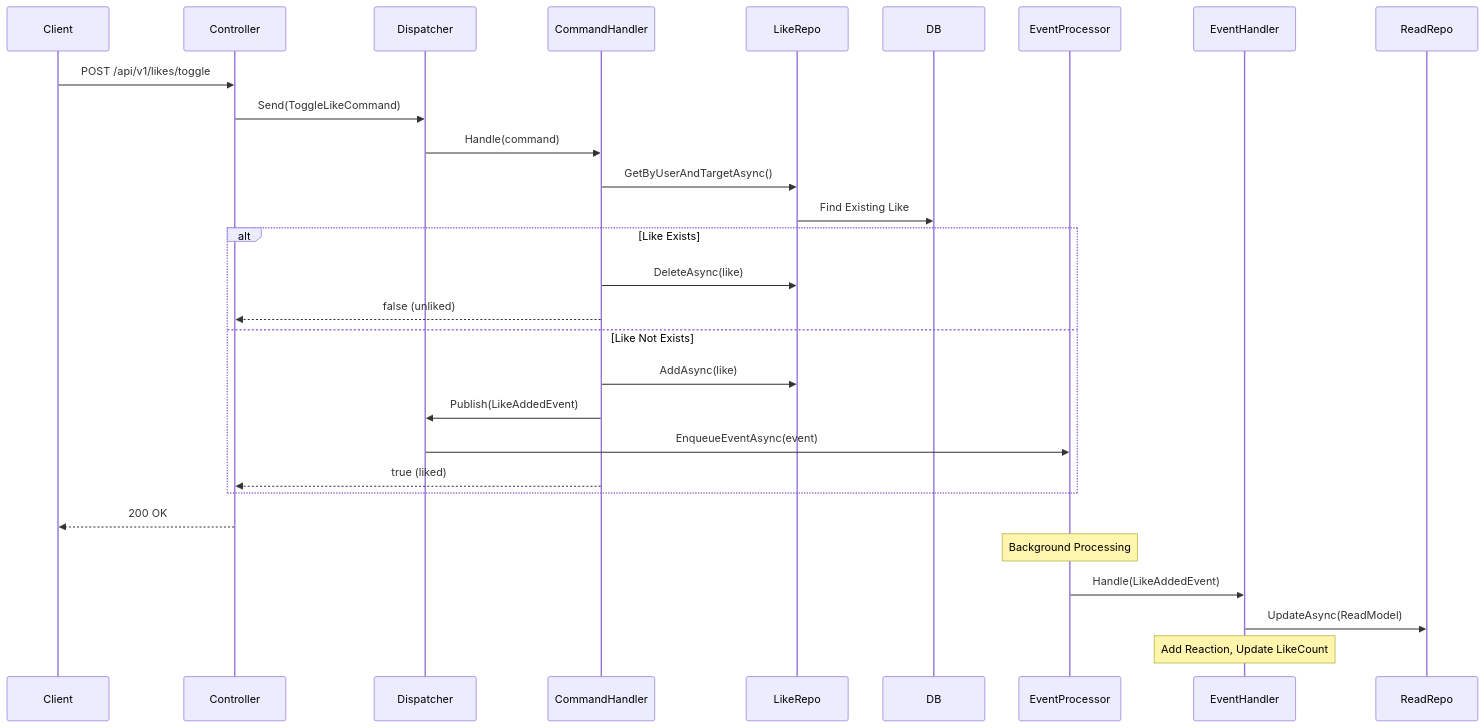
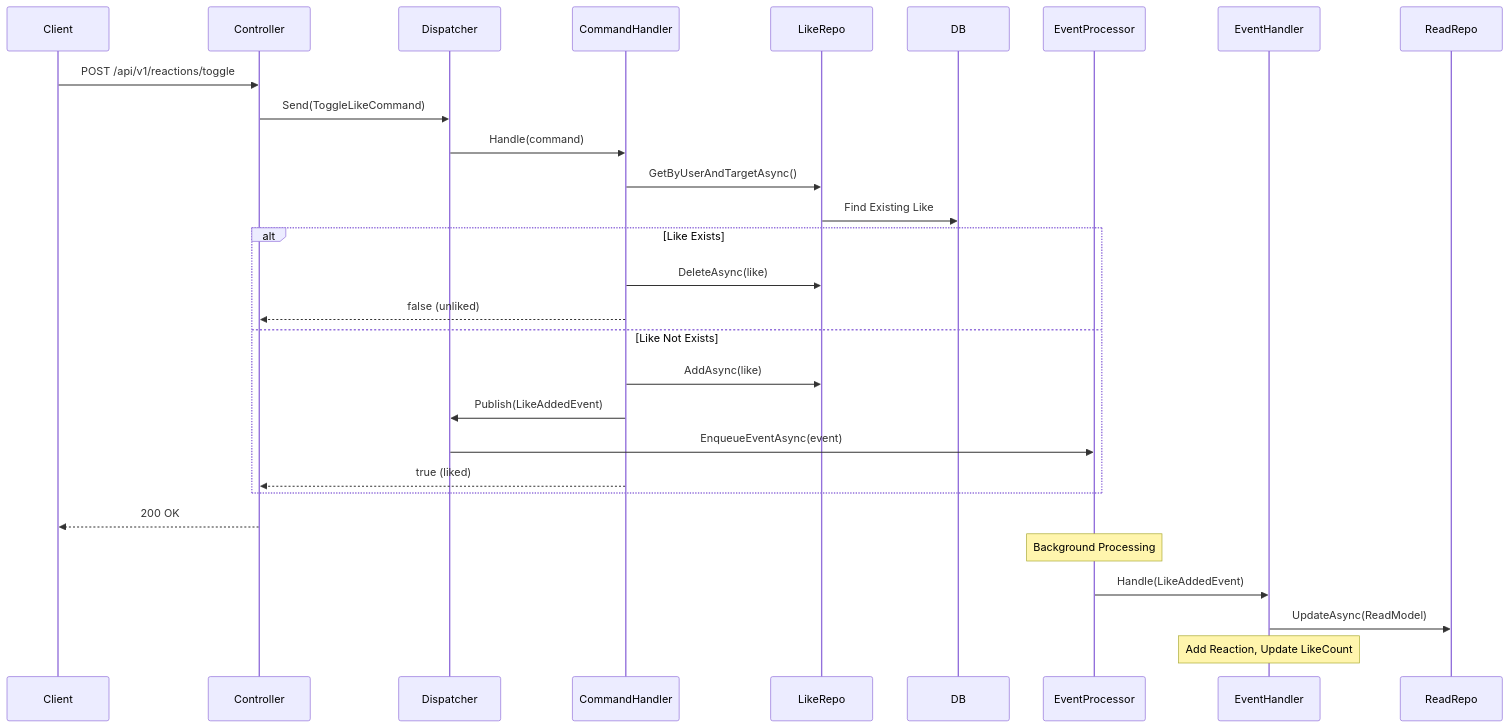
One commit to SitholeWB/social-media-api changed the sixth of 7 diagrams in docs/API.md. Above: the diagram before and after it, drawn with Mermaid. The commit also changed other lines of this file and 3 other files, not shown here.

````diff
--- a/docs/API.md
+++ b/docs/API.md
@@ -177,36 +181,36 @@
 ```mermaid
 sequenceDiagram
     participant Client
     participant Controller
     participant Dispatcher
     participant CommandHandler
     participant LikeRepo
     participant DB
     participant EventProcessor
     participant EventHandler
     participant ReadRepo
 
-    Client->>Controller: POST /api/v1/likes/toggle
+    Client->>Controller: POST /api/v1/reactions/toggle
     Controller->>Dispatcher: Send(ToggleLikeCommand)
     Dispatcher->>CommandHandler: Handle(command)
     
     CommandHandler->>LikeRepo: GetByUserAndTargetAsync()
     LikeRepo->>DB: Find Existing Like
     
     alt Like Exists
         CommandHandler->>LikeRepo: DeleteAsync(like)
         CommandHandler-->>Controller: false (unliked)
     else Like Not Exists
         CommandHandler->>LikeRepo: AddAsync(like)
         CommandHandler->>Dispatcher: Publish(LikeAddedEvent)
         Dispatcher->>EventProcessor: EnqueueEventAsync(event)
         CommandHandler-->>Controller: true (liked)
     end
     
     Controller-->>Client: 200 OK
     
     Note over EventProcessor: Background Processing
     EventProcessor->>EventHandler: Handle(LikeAddedEvent)
     EventHandler->>ReadRepo: UpdateAsync(ReadModel)
     Note over EventHandler: Add Reaction, Update LikeCount
 ```
````
